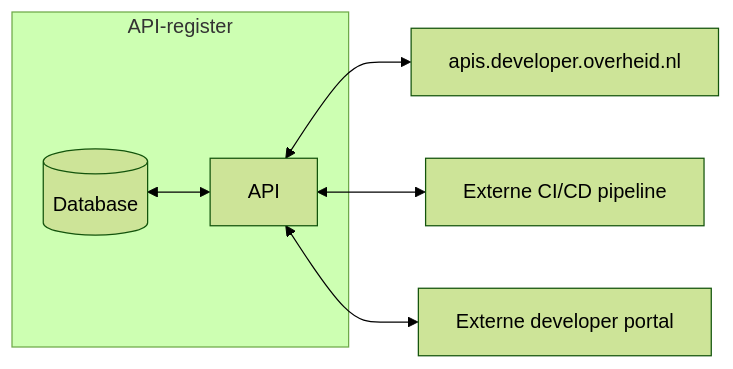
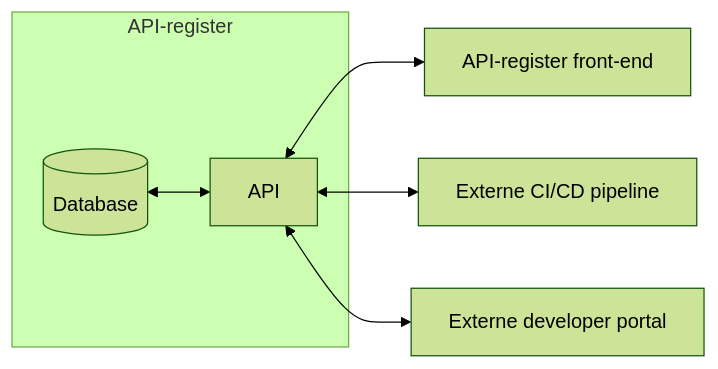
The first of 2 diagrams in blog/draft/het-nieuwe-api-register.md (developer-overheid-nl/don-site), drawn with Mermaid (forest theme) before and after one commit. The commit also changed other lines of this file, not shown here.

````diff
--- a/blog/draft/het-nieuwe-api-register.md
+++ b/blog/draft/het-nieuwe-api-register.md
@@ -60,11 +59,11 @@
 ```mermaid
 flowchart RL
   subgraph s["API-register"]
     B["API"] <--> DB@{ shape: cyl, label: "Database" }
   end
 
-  A["apis.developer.overheid.nl"] <--> B
+  A["API-register front-end"] <--> B
   D["Externe CI/CD pipeline"] <--> B
   E["Externe developer portal"] <--> B
   
 ```
````
